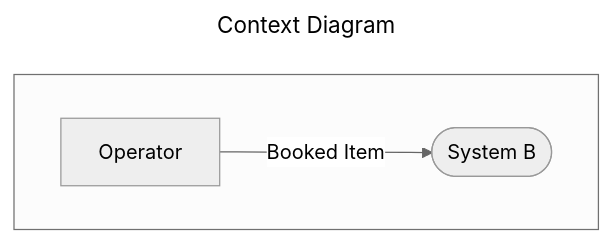
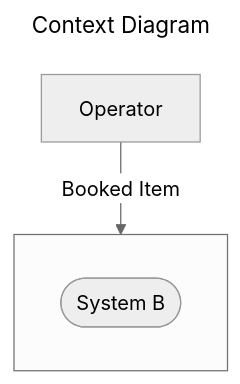
The third of 3 diagrams in mermaid_elements.md (Kuziomkin/diagrams), drawn with Mermaid before and after one commit.

````diff
--- a/mermaid_elements.md
+++ b/mermaid_elements.md
@@ -50,21 +50,21 @@
 ```mermaid
 ---
 title: Context Diagram
 config:
   layout: dagre
   look: classic
   theme: neutral
 ---
     flowchart TD
         %% define components
         O[Operator]
-        B([System B])
-        
+
         subgraph " "
             direction LR
-            %% define relationships
-            O -- Booked Item --> B
-
+            B([System B])
         end
 
+        %% define relationships
+        O -- Booked Item --> B
+
 ```
````
